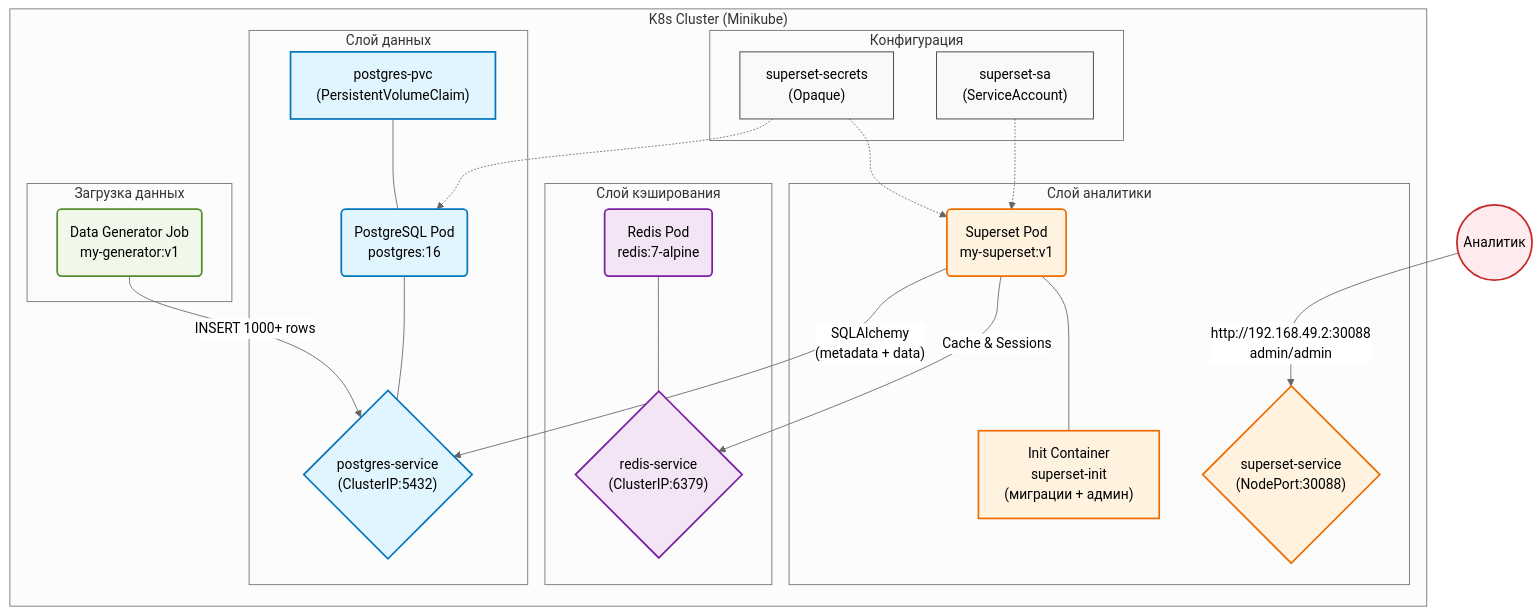
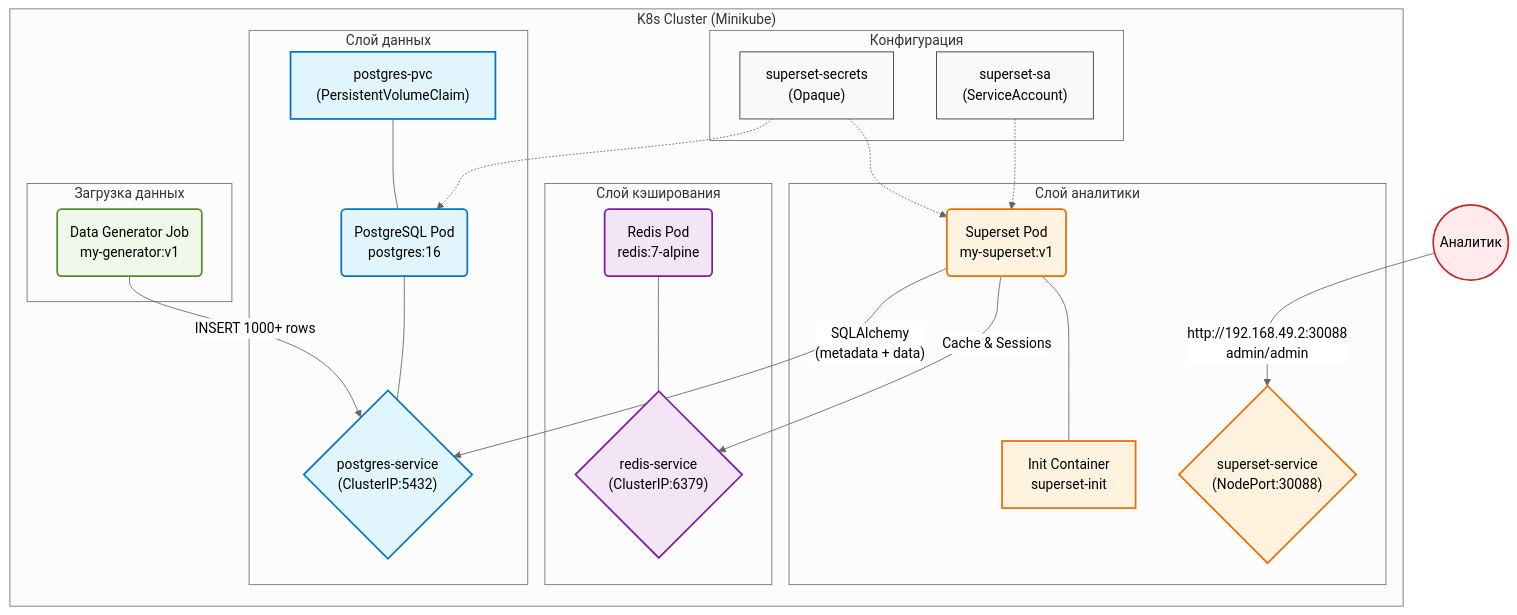
One commit to AlinaSabitova/Analytics-docker-labs changed the diagram in lab3/Lab3.md. Above: the diagram before and after it, drawn with Mermaid (neutral theme).

````diff
--- a/lab3/Lab3.md
+++ b/lab3/Lab3.md
@@ -31,62 +31,62 @@
 ```mermaid
 graph TD
     %% Определение цветов
     classDef config fill:#f9f9f9,stroke:#333,stroke-width:1px;
     classDef db fill:#e1f5fe,stroke:#0277bd,stroke-width:2px;
     classDef app fill:#fff3e0,stroke:#ef6c00,stroke-width:2px;
     classDef batch fill:#f1f8e9,stroke:#558b2f,stroke-width:2px;
     classDef cache fill:#f3e5f5,stroke:#7b1fa2,stroke-width:2px;
     classDef user fill:#ffebee,stroke:#c62828,stroke-width:2px;
 
     subgraph K8s_Cluster ["K8s Cluster (Minikube)"]
         
         subgraph Configs ["Конфигурация"]
             SEC["superset-secrets\n(Opaque)"]
             SA["superset-sa\n(ServiceAccount)"]
         end
 
         subgraph DataLayer ["Слой данных"]
             PVC["postgres-pvc\n(PersistentVolumeClaim)"]
             DB_POD("PostgreSQL Pod\npostgres:16")
             DB_SVC{"postgres-service\n(ClusterIP:5432)"}
         end
 
         subgraph CacheLayer ["Слой кэширования"]
             CACHE_POD("Redis Pod\nredis:7-alpine")
             CACHE_SVC{"redis-service\n(ClusterIP:6379)"}
         end
 
         subgraph Analytics ["Слой аналитики"]
             APP_POD("Superset Pod\nmy-superset:v1")
             APP_SVC{"superset-service\n(NodePort:30088)"}
-            INIT["Init Container\nsuperset-init\n(миграции + админ)"]
+            INIT["Init Container\nsuperset-init"]
         end
 
         subgraph DataLoader ["Загрузка данных"]
             JOB("Data Generator Job\nmy-generator:v1")
         end
 
         %% Связи
         SEC -.-> DB_POD:::config
         SEC -.-> APP_POD:::config
         SA -.-> APP_POD:::app
         PVC --- DB_POD:::db
         DB_POD --- DB_SVC:::db
         CACHE_POD --- CACHE_SVC:::cache
         
         JOB -->|"INSERT 1000+ rows"| DB_SVC:::batch
         APP_POD -->|"SQLAlchemy\n(metadata + data)"| DB_SVC:::app
         APP_POD -->|"Cache & Sessions"| CACHE_SVC:::app
         APP_POD --- INIT:::app
     end
 
     User(("Аналитик")) -->|"http://192.168.49.2:30088\nadmin/admin"| APP_SVC:::user
 
     %% Применение стилей
     class SEC,SA config;
     class PVC,DB_POD,DB_SVC db;
     class APP_POD,APP_SVC,INIT app;
     class CACHE_POD,CACHE_SVC cache;
     class JOB batch;
     class User user;
 ```
````
